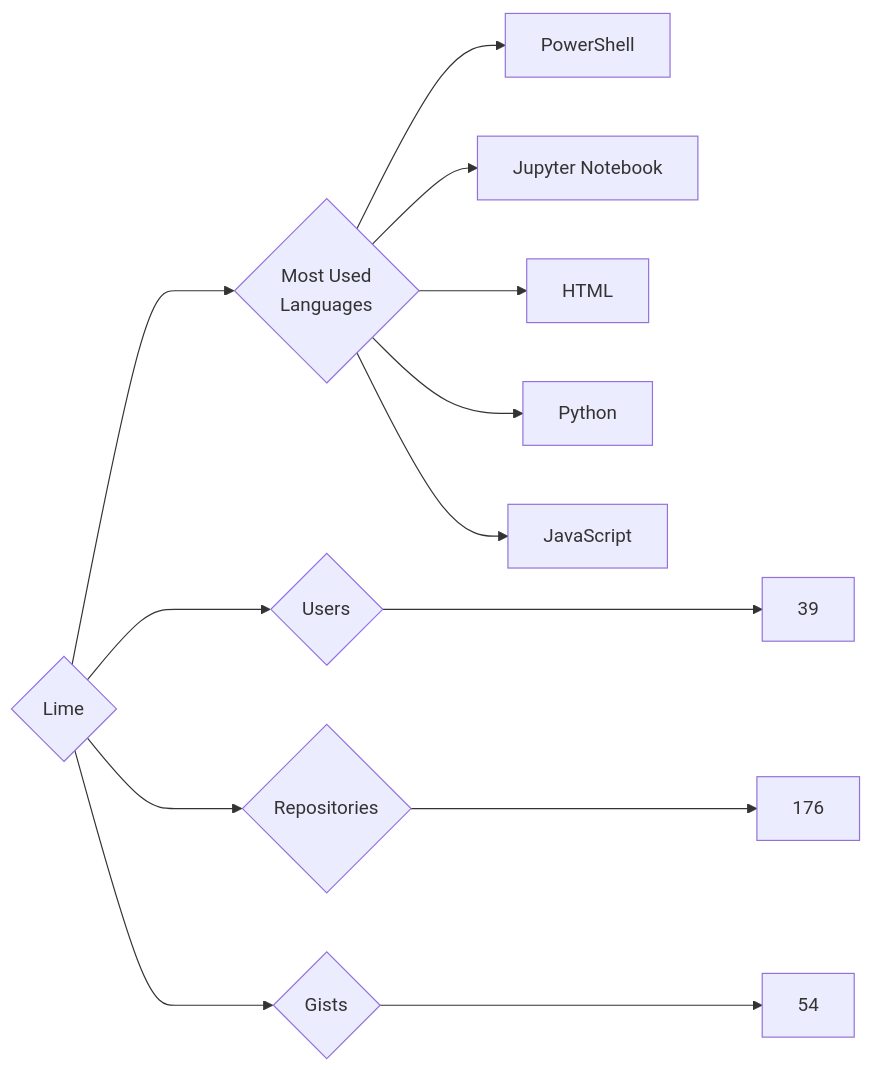
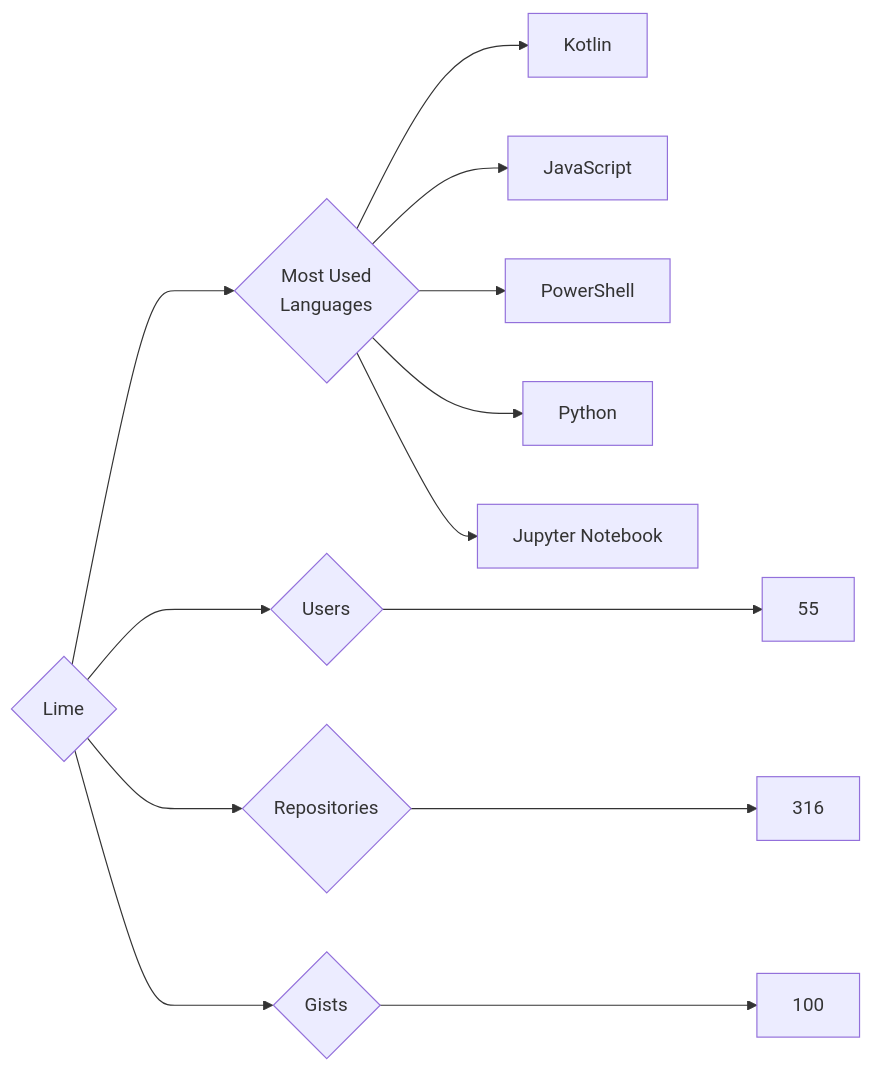
The diagram in targets/Lime/README.md (trickest/insiders), drawn with Mermaid before and after one commit. The commit also changed 903 other files, not shown here.

````diff
--- a/targets/Lime/README.md
+++ b/targets/Lime/README.md
@@ -3,13 +3,13 @@
 ```mermaid
 graph LR
 COMPANY_NAME{Lime}
-COMPANY_NAME ---> U{Users} ---> UN[39]
-COMPANY_NAME ---> R{Repositories} ---> RN[176]
-COMPANY_NAME ---> G{Gists} ---> GN[54]
+COMPANY_NAME ---> U{Users} ---> UN[55]
+COMPANY_NAME ---> R{Repositories} ---> RN[316]
+COMPANY_NAME ---> G{Gists} ---> GN[100]
 COMPANY_NAME ---> ML{Most Used<br>Languages}
+ML --> Kotlin[Kotlin]
+ML --> JavaScript[JavaScript]
 ML --> PowerShell[PowerShell]
+ML --> Python[Python]
 ML --> Jupyter_Notebook[Jupyter Notebook]
-ML --> HTML[HTML]
-ML --> Python[Python]
-ML --> JavaScript[JavaScript]
 ```
````
